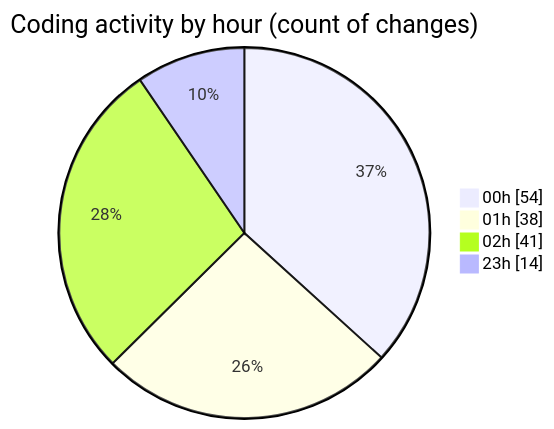
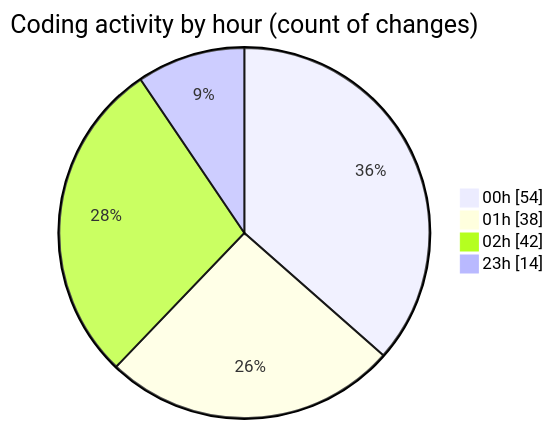
One commit to lephambinh05/code-tracking changed the second of 2 diagrams in 2025-08-20/quytuthien_vn/README.md. Above: the diagram before and after it, drawn with Mermaid. The commit also changed other lines of this file and 1 other file, not shown here.

````diff
--- a/2025-08-20/quytuthien_vn/README.md
+++ b/2025-08-20/quytuthien_vn/README.md
@@ -99,8 +100,8 @@
 ```mermaid
 pie showData
 title Coding activity by hour (count of changes)
 "00h" : 54
 "01h" : 38
-"02h" : 41
+"02h" : 42
 "23h" : 14
 ```
````
